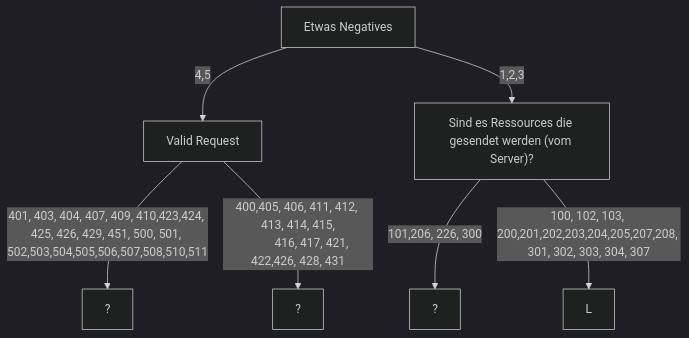
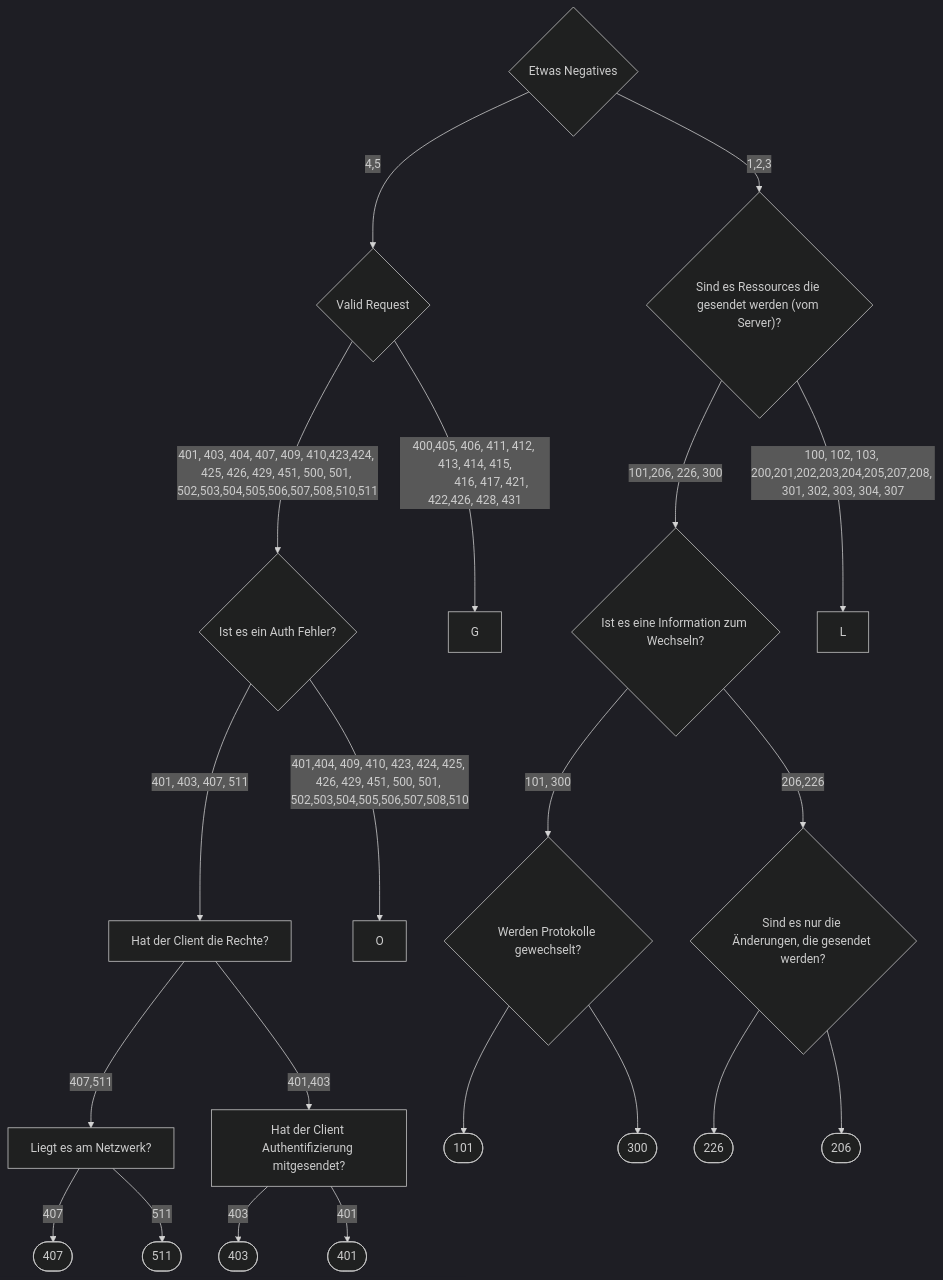
The diagram in questions.md (Nino678190/http-status-desision), drawn with Mermaid (dark theme) before and after one commit.

Commit message:
Aktualisiere das Fragen-Diagramm im Mermaid-Format für bessere Lesbarkeit und Klarheit

````diff
--- a/questions.md
+++ b/questions.md
@@ -2,11 +2,25 @@
 ```mermaid
 flowchart TD
-    A[Etwas Negatives] -->|4,5| B[Valid Request]
-    A -->|1,2,3| D["Sind es Ressources die gesendet werden (vom Server)?"]
-    B -->|401, 403, 404, 407, 409, 410,423,424, 425, 426, 429, 451, 500, 501, 502,503,504,505,506,507,508,510,511| E[?]
-    B -->|400,405, 406, 411, 412, 413, 414, 415,
-          416, 417, 421, 422,426, 428, 431| G[?]
-   
-    D -->|101,206, 226, 300| N[?]
-    D -->|100, 102, 103, 200,201,202,203,204,205,207,208, 301, 302, 303, 304, 307| L
+      A{Etwas Negatives} -->|4,5| B{Valid Request}
+      A -->|1,2,3| D{"Sind es Ressources die gesendet werden (vom Server)?"}
+      B -->|401, 403, 404, 407, 409, 410,423,424, 425, 426, 429, 451, 500, 501, 502,503,504,505,506,507,508,510,511| E{Ist es ein Auth Fehler?}
+      B -->|400,405, 406, 411, 412, 413, 414, 415,
+            416, 417, 421, 422,426, 428, 431| G
+      D -->|101,206, 226, 300| N{Ist es eine Information zum Wechseln?}
+      D -->|100, 102, 103, 200,201,202,203,204,205,207,208, 301, 302, 303, 304, 307| L
+      E -->|401, 403, 407, 511| M[Hat der Client die Rechte?]
+      E -->|401,404, 409, 410, 423, 424, 425, 426, 429, 451, 500, 501, 502,503,504,505,506,507,508,510| O
+      N -->|101, 300| P{Werden Protokolle gewechselt?}
+      N -->|206,226| Q{Sind es nur die Änderungen, die gesendet werden?}
+      Q --> R([226])
+      Q --> S([206])
+      P --> T([101])
+      P --> U([300])
+      M -->|407,511| W[Liegt es am Netzwerk?]
+      M -->|401,403| V[Hat der Client Authentifizierung mitgesendet?]
+      W -->|407| X([407])
+      W -->|511| Y([511])
+      V -->|403| Z([403])
+      V -->|401| AA([401])
+
 ```
````
